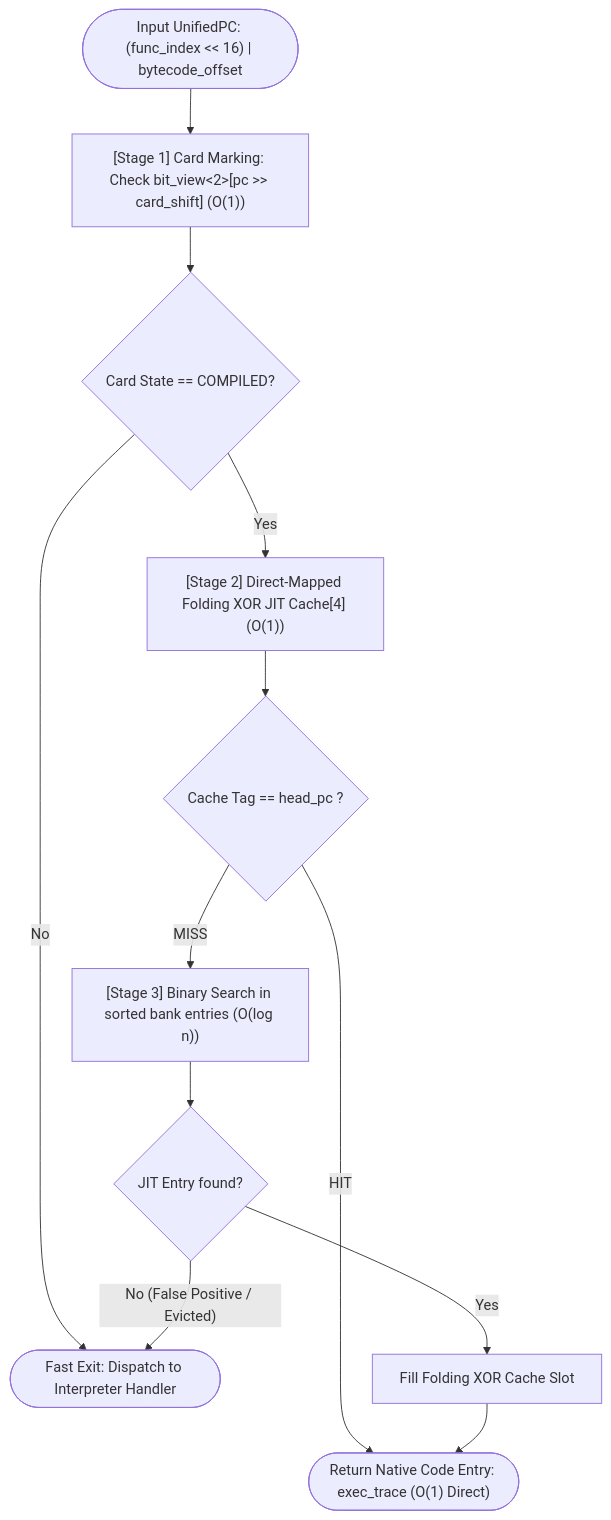
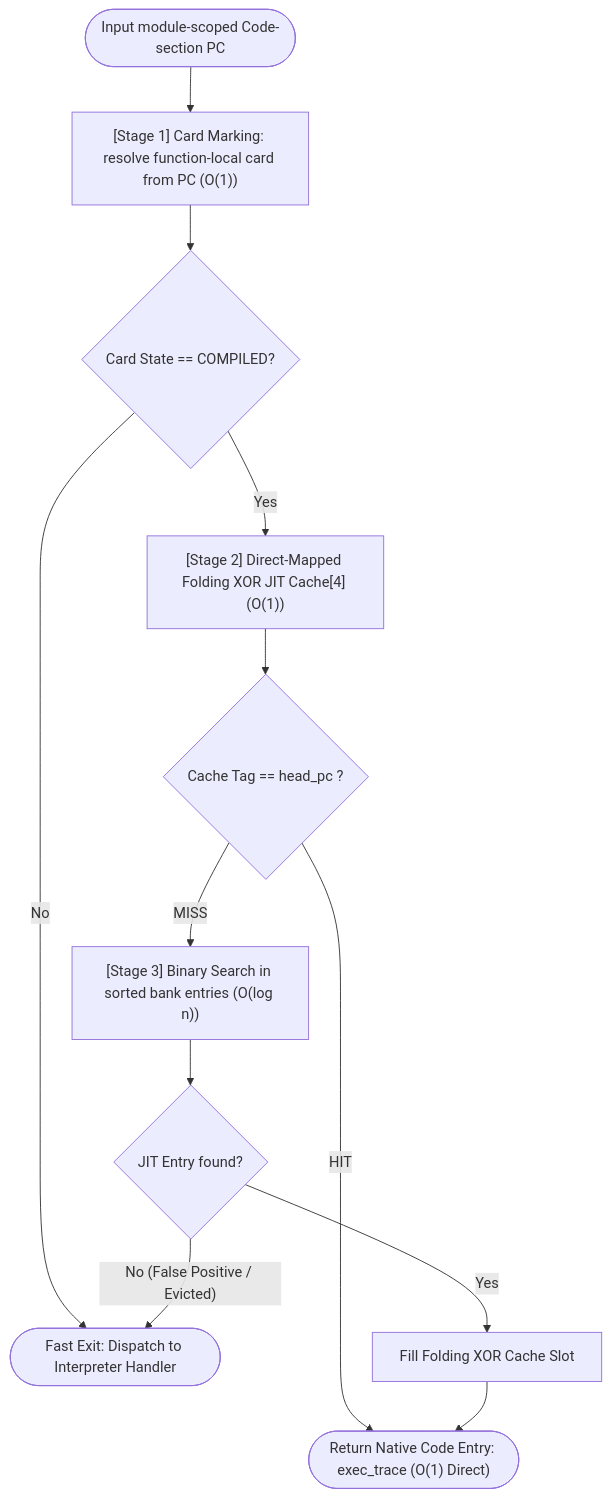
One commit to kmt-t/fireball changed the third of 6 diagrams in docs/components/tier3_executer/jit_runtime.md. Above: the diagram before and after it, drawn with Mermaid. The commit also changed other lines of this file and 48 other files, not shown here.

````diff
--- a/docs/components/tier3_executer/jit_runtime.md
+++ b/docs/components/tier3_executer/jit_runtime.md
@@ -194,17 +190,17 @@
 ```mermaid
 flowchart TD
-    Start(["Input UnifiedPC: (func_index << 16) | bytecode_offset"]) --> Stage1["[Stage 1] Card Marking: Check bit_view<2>[pc >> card_shift] (O(1))"]
+    Start(["Input module-scoped Code-section PC"]) --> Stage1["[Stage 1] Card Marking: resolve function-local card from PC (O(1))"]
     Stage1 --> CheckCompiled{"Card State == COMPILED?"}
 
     CheckCompiled -- "No" --> ExitInterp(["Fast Exit: Dispatch to Interpreter Handler"])
     CheckCompiled -- "Yes" --> StageFast["[Stage 2] Direct-Mapped Folding XOR JIT Cache[4] (O(1))"]
 
     StageFast --> FastHit{"Cache Tag == head_pc ?"}
     FastHit -- "HIT" --> ReturnTrace(["Return Native Code Entry: exec_trace (O(1) Direct)"])
 
     FastHit -- "MISS" --> StageBinary["[Stage 3] Binary Search in sorted bank entries (O(log n))"]
 
     StageBinary --> Hit{"JIT Entry found?"}
     Hit -- "Yes" --> FillSlot["Fill Folding XOR Cache Slot"] --> ReturnTrace
     Hit -- "No (False Positive / Evicted)" --> ExitInterp
 ```
````
